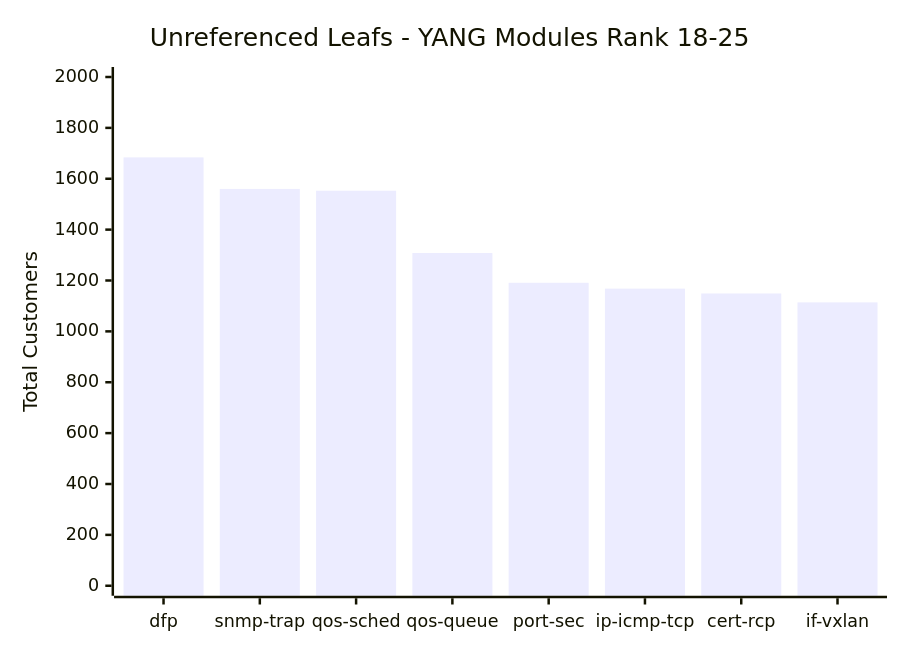
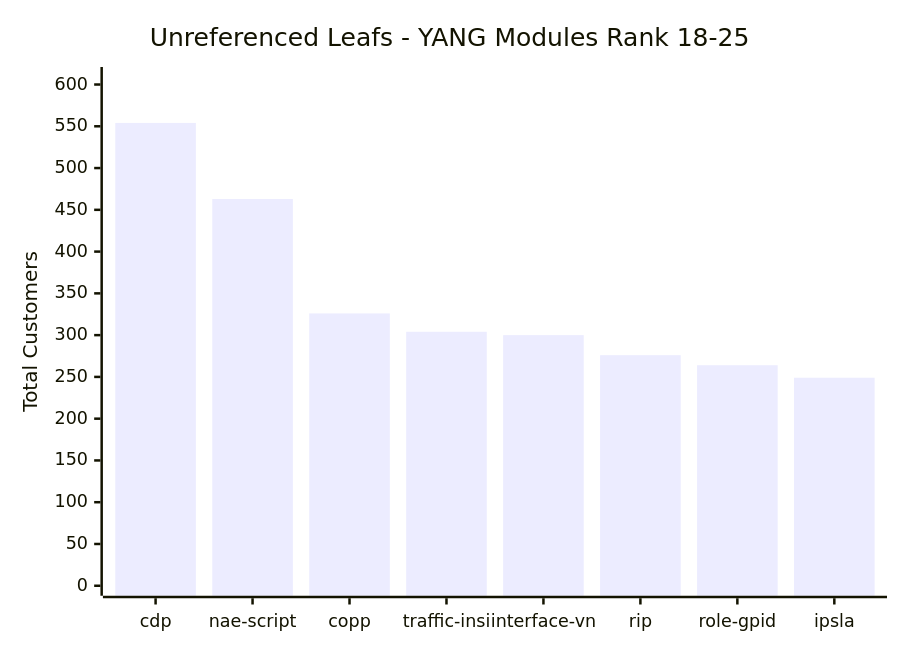
The third of 3 diagrams in PLM_Unreferenced_Analysis_Report.md (Nimisha-Mathews/analysis-yang-data), drawn with Mermaid before and after one commit. The commit also changed other lines of this file, not shown here.

````diff
--- a/PLM_Unreferenced_Analysis_Report.md
+++ b/PLM_Unreferenced_Analysis_Report.md
@@ -66,7 +70,7 @@
 ```mermaid
 xychart-beta
     title "Unreferenced Leafs - YANG Modules Rank 18-25"
-    x-axis ["dfp", "snmp-trap", "qos-sched", "qos-queue", "port-sec", "ip-icmp-tcp", "cert-rcp", "if-vxlan"]
-    y-axis "Total Customers" 0 --> 2000
-    bar [1684, 1560, 1553, 1308, 1191, 1168, 1149, 1114]
+    x-axis ["cdp", "nae-script", "copp", "traffic-insi", "interface-vn", "rip", "role-gpid", "ipsla"]
+    y-axis "Total Customers" 0 --> 609
+    bar [554, 463, 326, 304, 300, 276, 264, 249]
 ```
````
